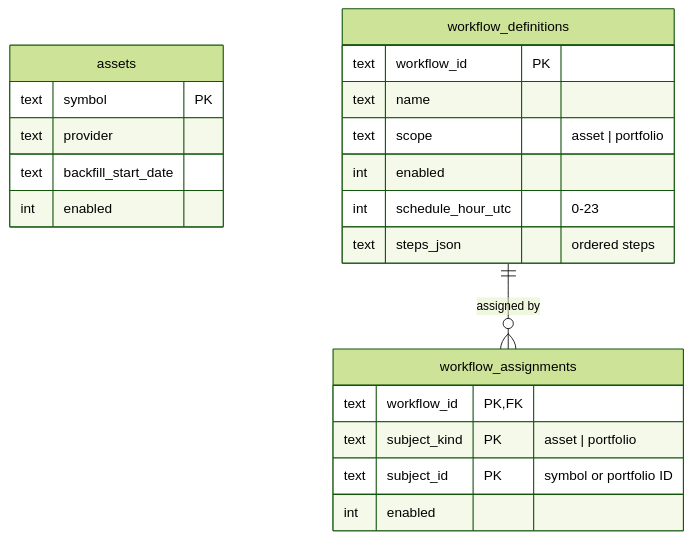
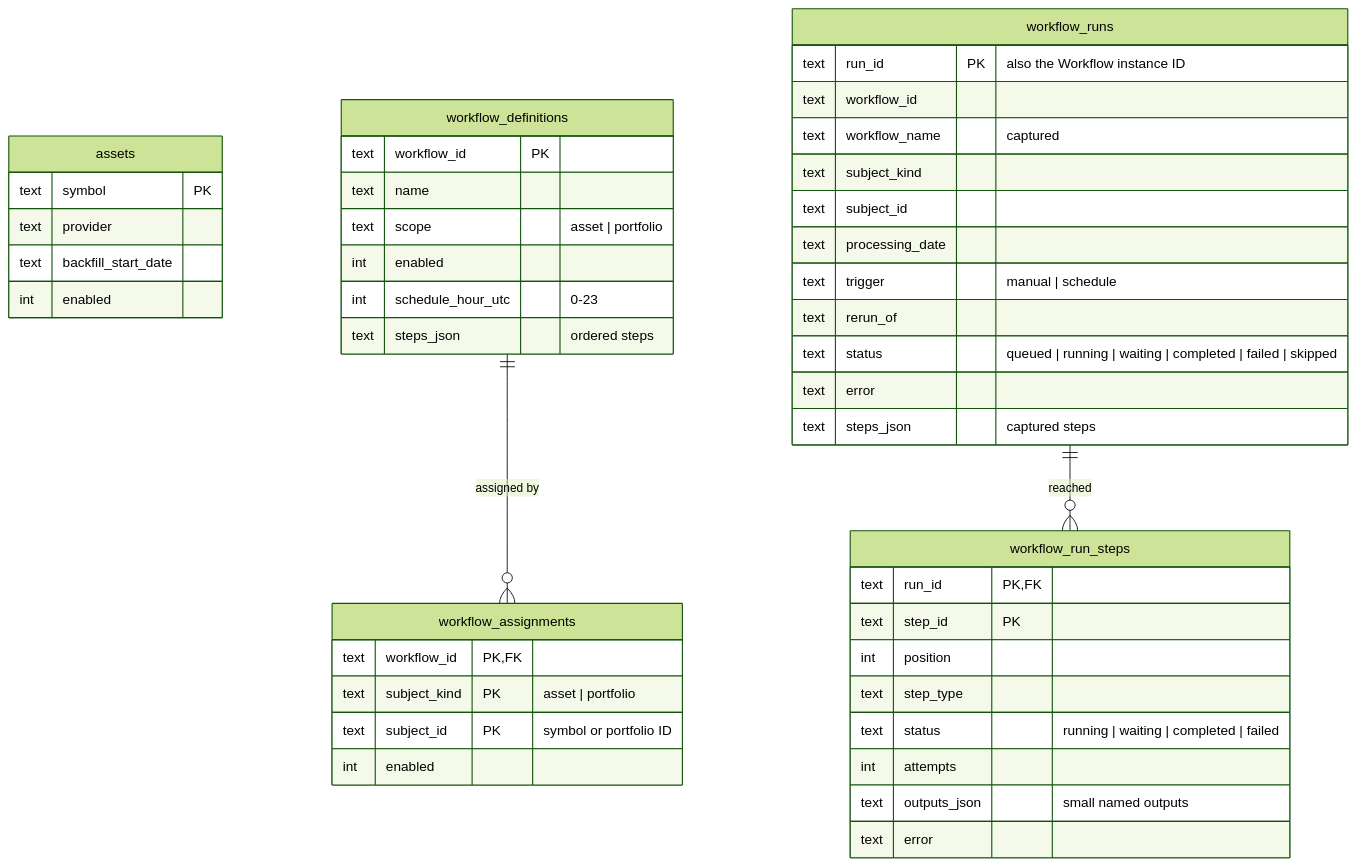
The third of 3 diagrams in docs/src/content/docs/reference/data-model.md (maxime-filippini/data-service), drawn with Mermaid (forest theme) before and after one commit. The commit also changed other lines of this file and 7 other files, not shown here.

Commit message:
docs: describe workflow runs, their artifacts and the fixture command

````diff
--- a/docs/src/content/docs/reference/data-model.md
+++ b/docs/src/content/docs/reference/data-model.md
@@ -124,24 +124,48 @@
 ```mermaid
 erDiagram
   assets {
     text symbol PK
     text provider
     text backfill_start_date
     int enabled
   }
   workflow_definitions {
     text workflow_id PK
     text name
     text scope "asset | portfolio"
     int enabled
     int schedule_hour_utc "0-23"
     text steps_json "ordered steps"
   }
   workflow_assignments {
     text workflow_id PK, FK
     text subject_kind PK "asset | portfolio"
     text subject_id PK "symbol or portfolio ID"
     int enabled
   }
+  workflow_runs {
+    text run_id PK "also the Workflow instance ID"
+    text workflow_id
+    text workflow_name "captured"
+    text subject_kind
+    text subject_id
+    text processing_date
+    text trigger "manual | schedule"
+    text rerun_of
+    text status "queued | running | waiting | completed | failed | skipped"
+    text error
+    text steps_json "captured steps"
+  }
+  workflow_run_steps {
+    text run_id PK, FK
+    text step_id PK
+    int position
+    text step_type
+    text status "running | waiting | completed | failed"
+    int attempts
+    text outputs_json "small named outputs"
+    text error
+  }
   workflow_definitions ||--o{ workflow_assignments : "assigned by"
+  workflow_runs ||--o{ workflow_run_steps : "reached"
 ```
````
